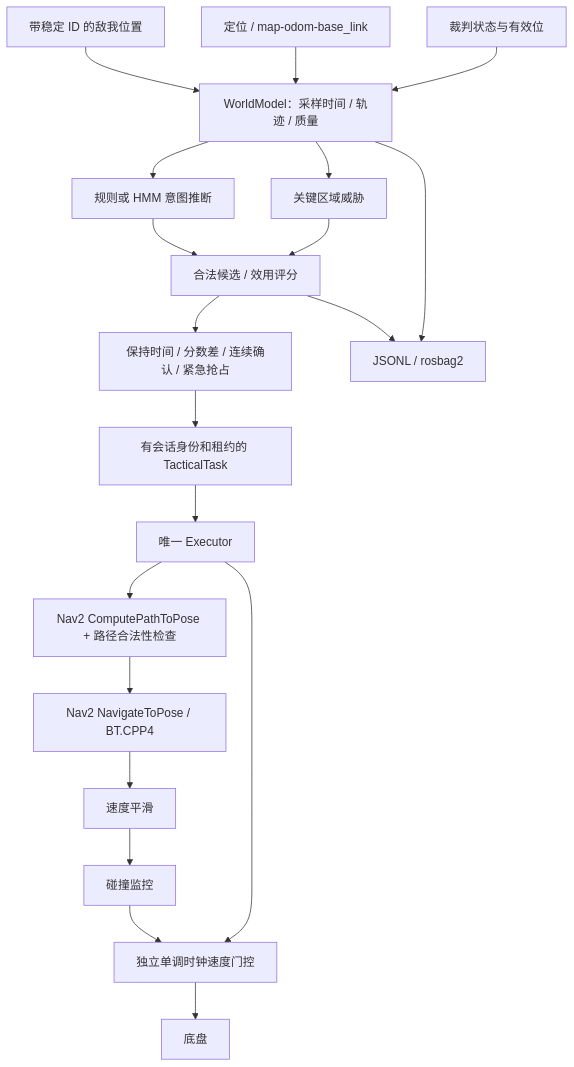
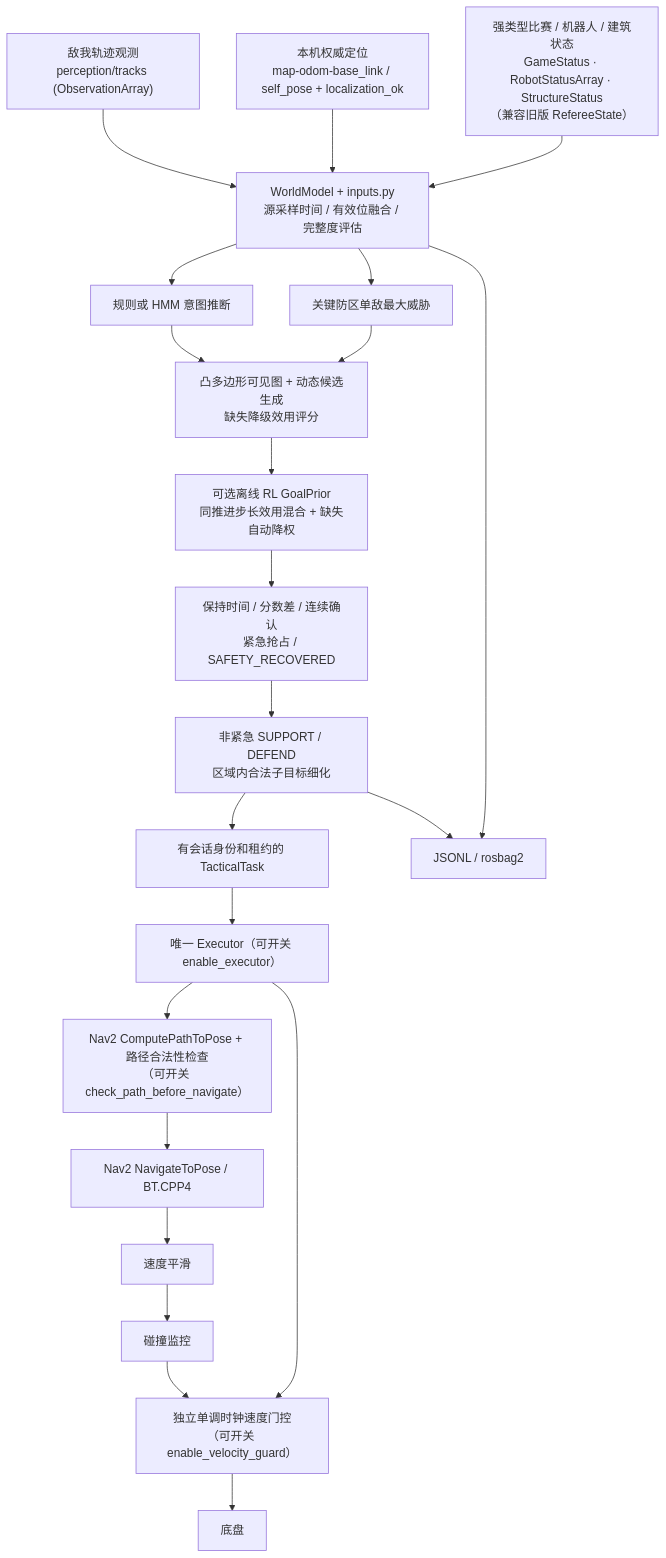
The diagram in docs/architecture.md (yelle233/SentryWeave), drawn with Mermaid before and after one commit. The commit also changed other lines of this file and 11 other files, not shown here.

````diff
--- a/docs/architecture.md
+++ b/docs/architecture.md
@@ -5,22 +5,24 @@
 ```mermaid
 flowchart TD
-  radar[带稳定 ID 的敌我位置] --> world
-  localization[定位 / map-odom-base_link] --> world
-  referee[裁判状态与有效位] --> world[WorldModel：采样时间 / 轨迹 / 质量]
+  radar["敌我轨迹观测<br/>perception/tracks (ObservationArray)"] --> world
+  localization["本机权威定位<br/>map-odom-base_link / self_pose + localization_ok"] --> world
+  typed["强类型比赛 / 机器人 / 建筑状态<br/>GameStatus · RobotStatusArray · StructureStatus<br/>（兼容旧版 RefereeState）"] --> world["WorldModel + inputs.py<br/>源采样时间 / 有效位融合 / 完整度评估"]
   world --> intents[规则或 HMM 意图推断]
-  world --> threats[关键区域威胁]
-  intents --> policy[合法候选 / 效用评分]
+  world --> threats[关键防区单敌最大威胁]
+  intents --> policy["凸多边形可见图 + 动态候选生成<br/>缺失降级效用评分"]
   threats --> policy
-  policy --> arbitration[保持时间 / 分数差 / 连续确认 / 紧急抢占]
-  arbitration --> task[有会话身份和租约的 TacticalTask]
-  task --> executor[唯一 Executor]
-  executor --> preflight[Nav2 ComputePathToPose + 路径合法性检查]
+  policy --> rl["可选离线 RL GoalPrior<br/>同推进步长效用混合 + 缺失自动降权"]
+  rl --> arbitration["保持时间 / 分数差 / 连续确认<br/>紧急抢占 / SAFETY_RECOVERED"]
+  arbitration --> refine["非紧急 SUPPORT / DEFEND<br/>区域内合法子目标细化"]
+  refine --> task[有会话身份和租约的 TacticalTask]
+  task --> executor["唯一 Executor（可开关 enable_executor）"]
+  executor --> preflight["Nav2 ComputePathToPose + 路径合法性检查<br/>（可开关 check_path_before_navigate）"]
   preflight --> navigation[Nav2 NavigateToPose / BT.CPP4]
   navigation --> smoother[速度平滑]
   smoother --> collision[碰撞监控]
-  collision --> guard[独立单调时钟速度门控]
+  collision --> guard["独立单调时钟速度门控<br/>（可开关 enable_velocity_guard）"]
   guard --> chassis[底盘]
   executor --> guard
   world --> trace[JSONL / rosbag2]
-  policy --> trace
+  refine --> trace
 ```
````
